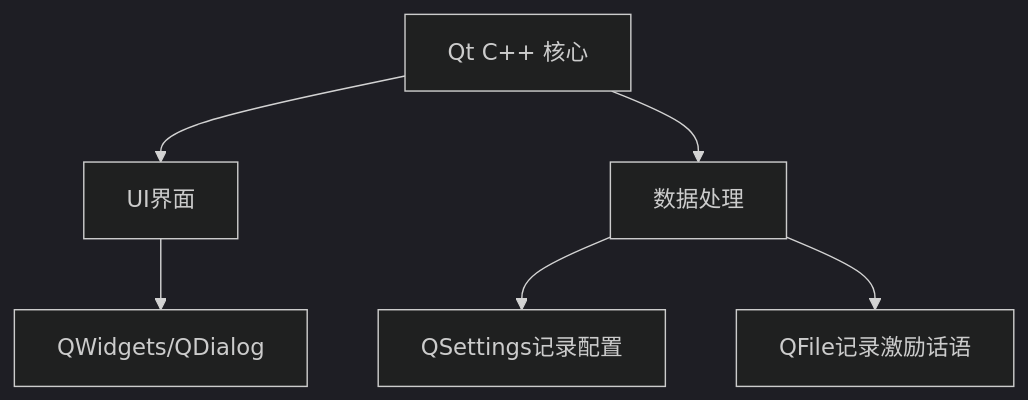
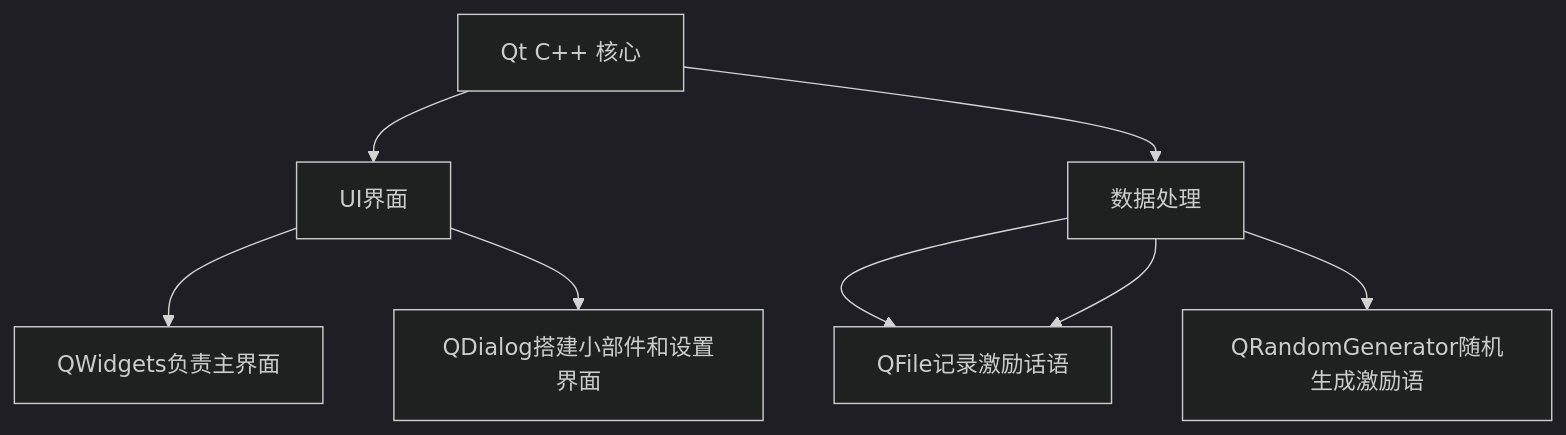
One commit to BuBaiMengJ4/BattleForFuture changed the diagram in README.md. Above: the diagram before and after it, drawn with Mermaid (dark theme). The commit also changed other lines of this file, not shown here.

````diff
--- a/README.md
+++ b/README.md
@@ -23,9 +23,11 @@
 ```mermaid
 graph TD
     A[Qt C++ 核心] --> B[UI界面]
     A --> C[数据处理]
     
-    B --> E[QWidgets/QDialog]
-    C --> F[QSettings记录配置]
+    B --> E[QWidgets负责主界面]
+    B --> F[QDialog搭建小部件和设置界面]
+    C --> G[QSettings记录配置]
     C --> G[QFile记录激励话语]
+    C --> I[QRandomGenerator随机生成激励语]
 ```
````
